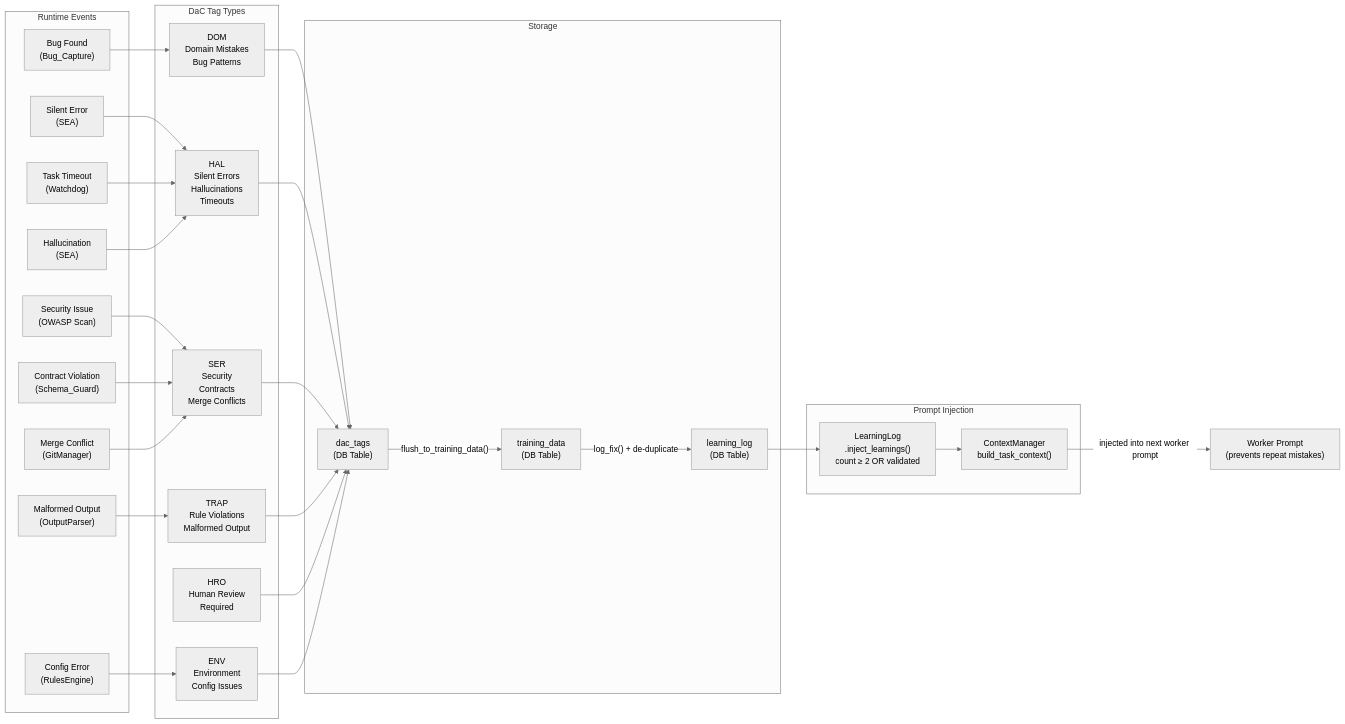
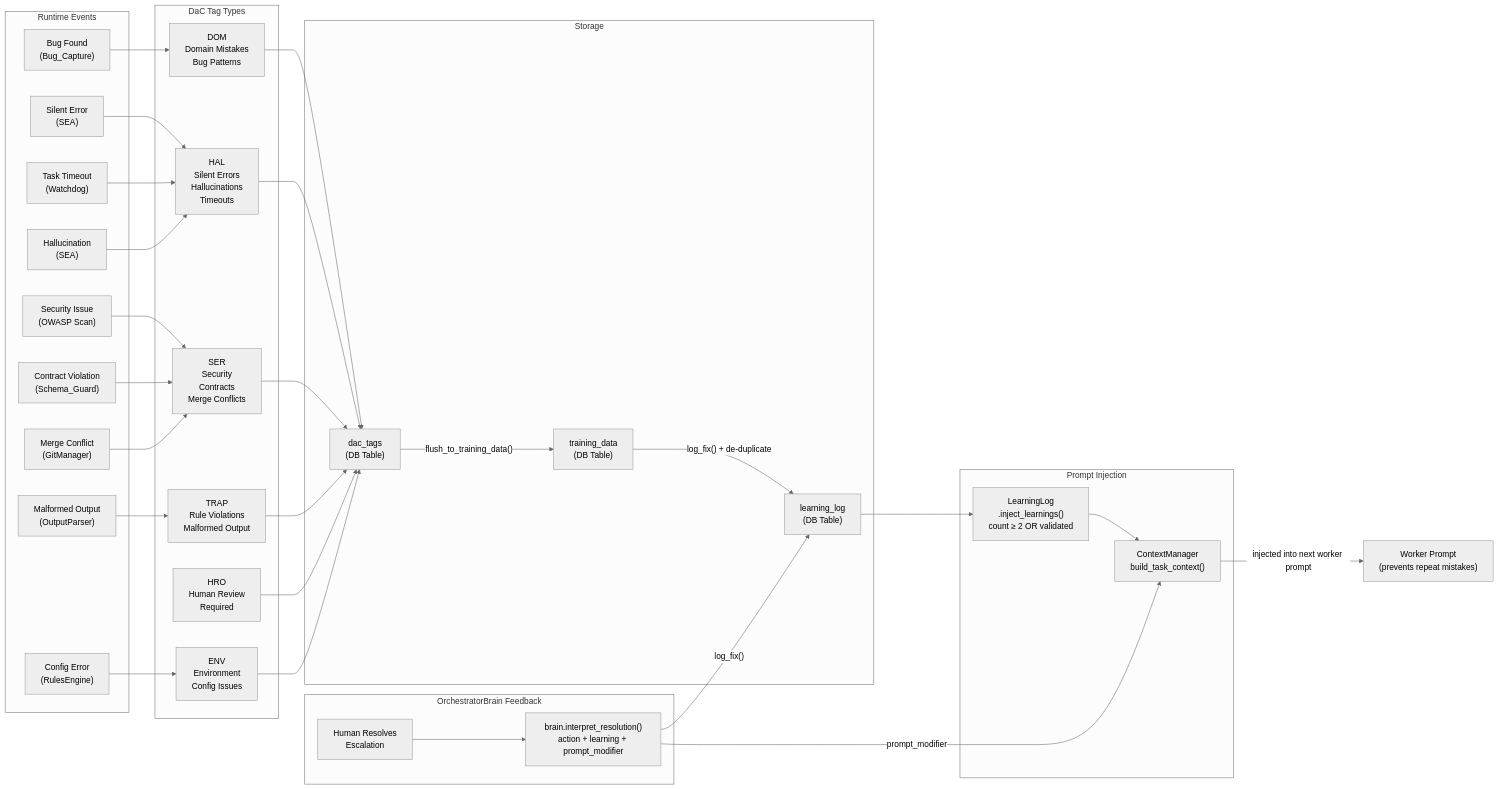
One commit to ai-meharbnsingh/llms_together changed the eighth of 14 diagrams in DaC_diagram.md. Above: the diagram before and after it, drawn with Mermaid (neutral theme). The commit also changed other lines of this file and 22 other files, not shown here.

````diff
--- a/DaC_diagram.md
+++ b/DaC_diagram.md
@@ -376,51 +515,60 @@
 ```mermaid
 flowchart LR
     subgraph EVENTS["Runtime Events"]
         E1["Bug Found\n(Bug_Capture)"]
         E2["Silent Error\n(SEA)"]
         E3["Security Issue\n(OWASP Scan)"]
         E4["Contract Violation\n(Schema_Guard)"]
         E5["Merge Conflict\n(GitManager)"]
         E6["Malformed Output\n(OutputParser)"]
         E7["Task Timeout\n(Watchdog)"]
         E8["Hallucination\n(SEA)"]
         E9["Config Error\n(RulesEngine)"]
     end
 
     subgraph TAGS["DaC Tag Types"]
         DOM["DOM\nDomain Mistakes\nBug Patterns"]
         HAL["HAL\nSilent Errors\nHallucinations\nTimeouts"]
         SER["SER\nSecurity\nContracts\nMerge Conflicts"]
         TRAP["TRAP\nRule Violations\nMalformed Output"]
         HRO["HRO\nHuman Review\nRequired"]
         ENV["ENV\nEnvironment\nConfig Issues"]
     end
 
     subgraph STORAGE["Storage"]
         DACDB["dac_tags\n(DB Table)"]
         TRAIN["training_data\n(DB Table)"]
         LEARN["learning_log\n(DB Table)"]
     end
 
     subgraph INJECT["Prompt Injection"]
         LL_INJ["LearningLog\n.inject_learnings()\ncount ≥ 2 OR validated"]
         CM_INJ["ContextManager\nbuild_task_context()"]
     end
 
     E1 --> DOM
     E2 --> HAL
     E3 --> SER
     E4 --> SER
     E5 --> SER
     E6 --> TRAP
     E7 --> HAL
     E8 --> HAL
     E9 --> ENV
 
     DOM & HAL & SER & TRAP & HRO & ENV --> DACDB
     DACDB -->|"flush_to_training_data()"| TRAIN
     TRAIN -->|"log_fix() + de-duplicate"| LEARN
     LEARN --> LL_INJ
     LL_INJ --> CM_INJ
     CM_INJ -->|"injected into next worker prompt"| WORKERS2["Worker Prompt\n(prevents repeat mistakes)"]
+
+    subgraph BRAIN_LOOP["OrchestratorBrain Feedback"]
+        ESC_RES["Human Resolves\nEscalation"]
+        BRAIN_INT["brain.interpret_resolution()\naction + learning + prompt_modifier"]
+    end
+
+    ESC_RES --> BRAIN_INT
+    BRAIN_INT -->|"log_fix()"| LEARN
+    BRAIN_INT -->|"prompt_modifier"| CM_INJ
 ```
````
